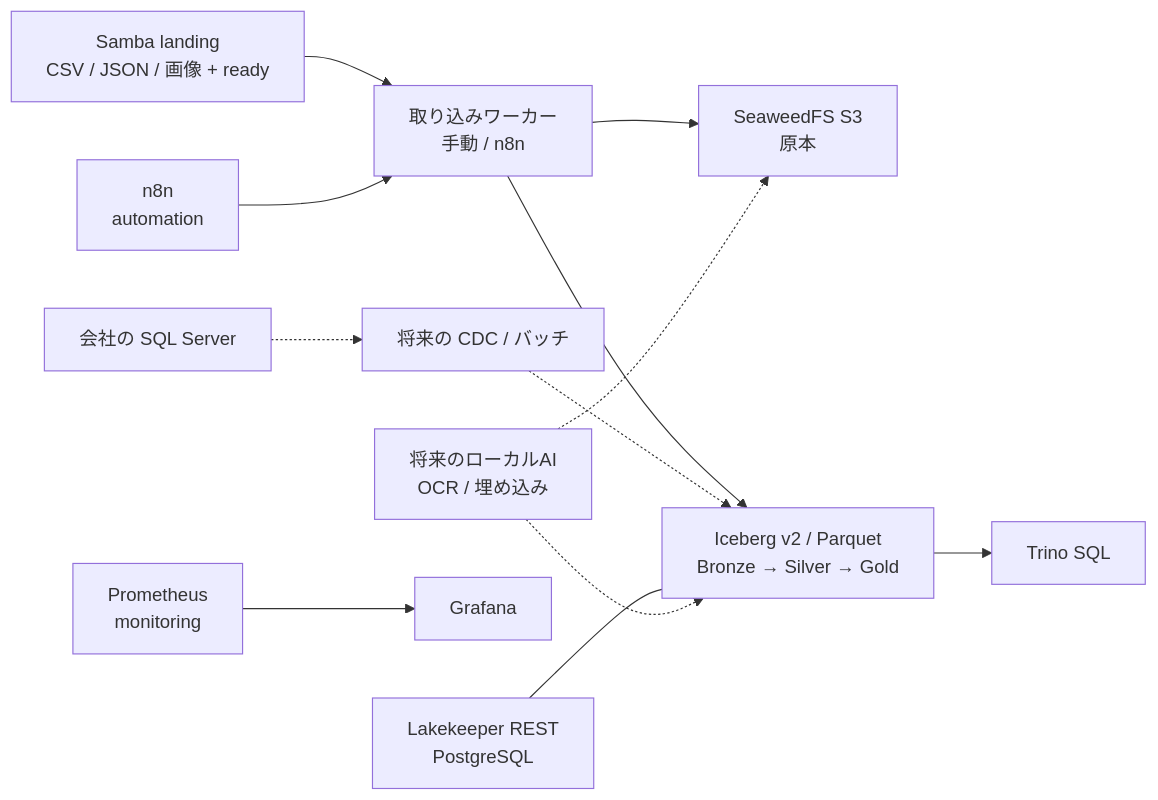
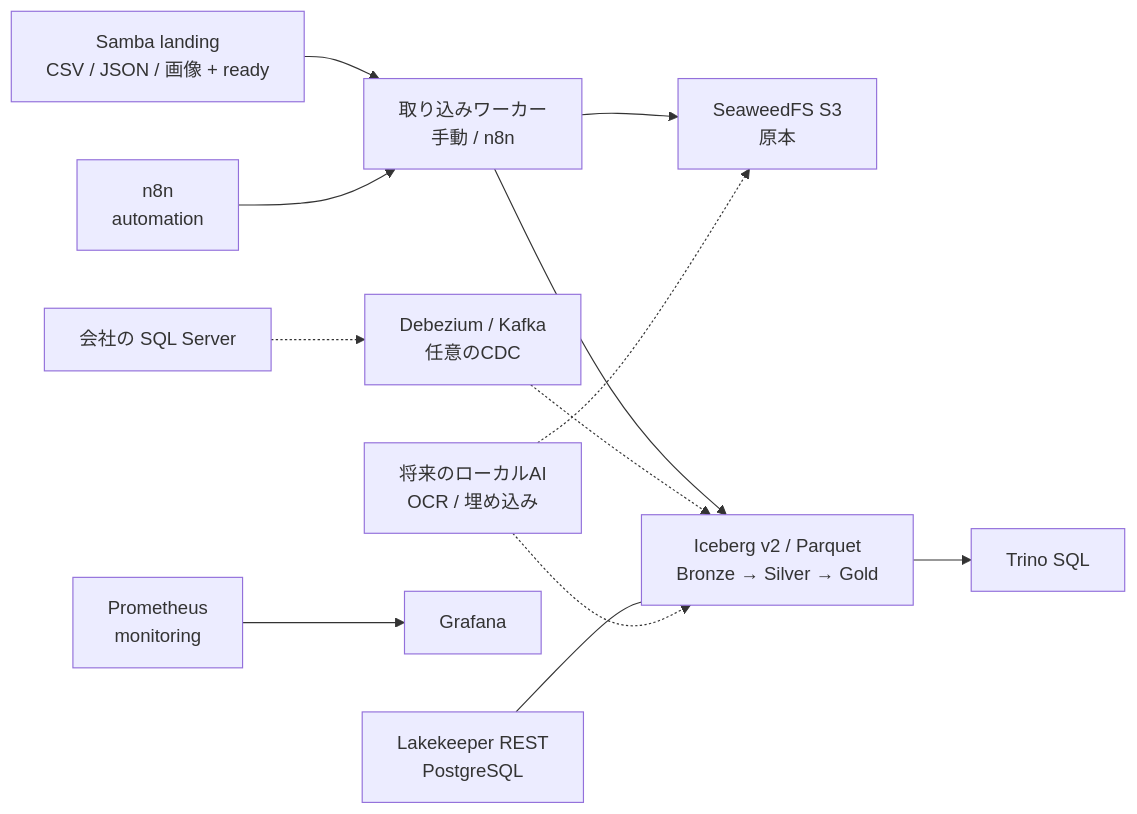
One commit to hiromura16/lakehouse-foundation changed the diagram in docs/ARCHITECTURE.md. Above: the diagram before and after it, drawn with Mermaid. The commit also changed other lines of this file and 79 other files, not shown here.

````diff
--- a/docs/ARCHITECTURE.md
+++ b/docs/ARCHITECTURE.md
@@ -34,14 +40,14 @@
 ```mermaid
 flowchart LR
   INPUT["Samba landing<br/>CSV / JSON / 画像 + ready"] --> INGEST["取り込みワーカー<br/>手動 / n8n"]
   INGEST --> RAW["SeaweedFS S3<br/>原本"]
   INGEST --> ICE["Iceberg v2 / Parquet<br/>Bronze → Silver → Gold"]
-  SQL["会社の SQL Server"] -.-> CDC["将来の CDC / バッチ"]
+  SQL["会社の SQL Server"] -.-> CDC["Debezium / Kafka<br/>任意のCDC"]
   CDC -.-> ICE
   CAT["Lakekeeper REST<br/>PostgreSQL"] --- ICE
   ICE --> TRINO["Trino SQL"]
   N8N["n8n<br/>automation"] --> INGEST
   PROM["Prometheus<br/>monitoring"] --> GRAF[Grafana]
   AI["将来のローカルAI<br/>OCR / 埋め込み"] -.-> RAW
   AI -.-> ICE
 ```
````
